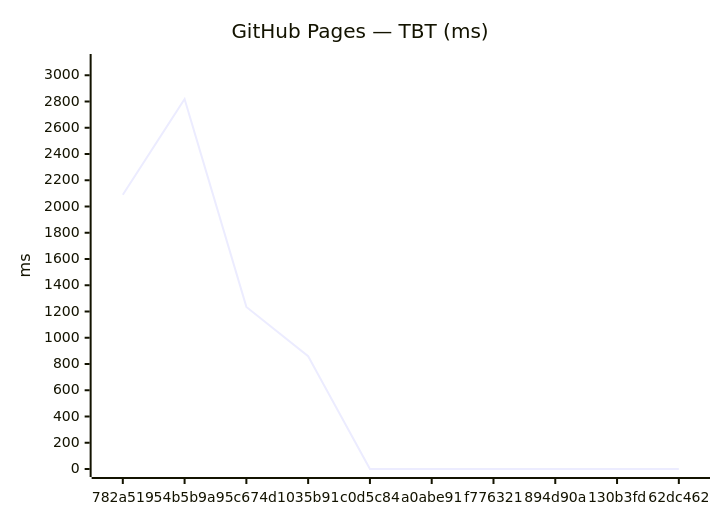
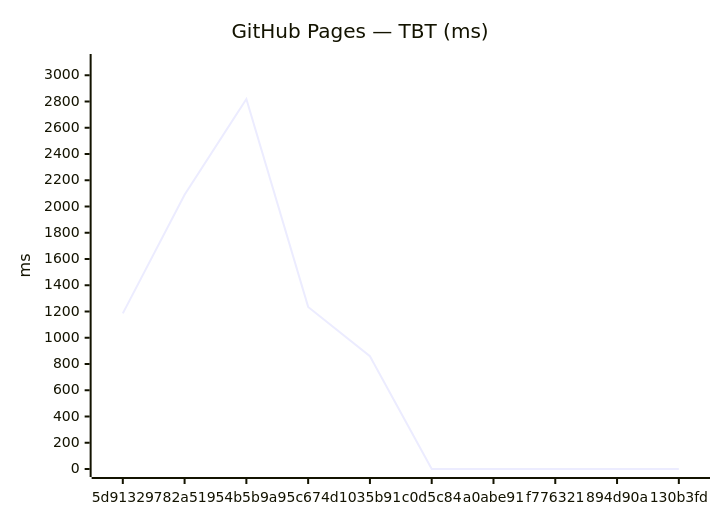
One commit to Metaheurist/Rianell changed the fourth of 18 diagrams in benchmarks/compare.md. Above: the diagram before and after it, drawn with Mermaid. The commit also changed other lines of this file and 11 other files, not shown here.

````diff
--- a/benchmarks/compare.md
+++ b/benchmarks/compare.md
@@ -61,7 +61,7 @@
 ```mermaid
 xychart-beta
     title "GitHub Pages — TBT (ms)"
-    x-axis ["782a519", "54b5b9a", "95c674d", "1035b91", "c0d5c84", "a0abe91", "f776321", "894d90a", "130b3fd", "62dc462"]
+    x-axis ["5d91329", "782a519", "54b5b9a", "95c674d", "1035b91", "c0d5c84", "a0abe91", "f776321", "894d90a", "130b3fd"]
     y-axis "ms" 0 --> 3101
-    line [2090, 2819, 1235, 859, 0, 0, 0, 0, 0, 0]
+    line [1186, 2090, 2819, 1235, 859, 0, 0, 0, 0, 0]
 ```
````
